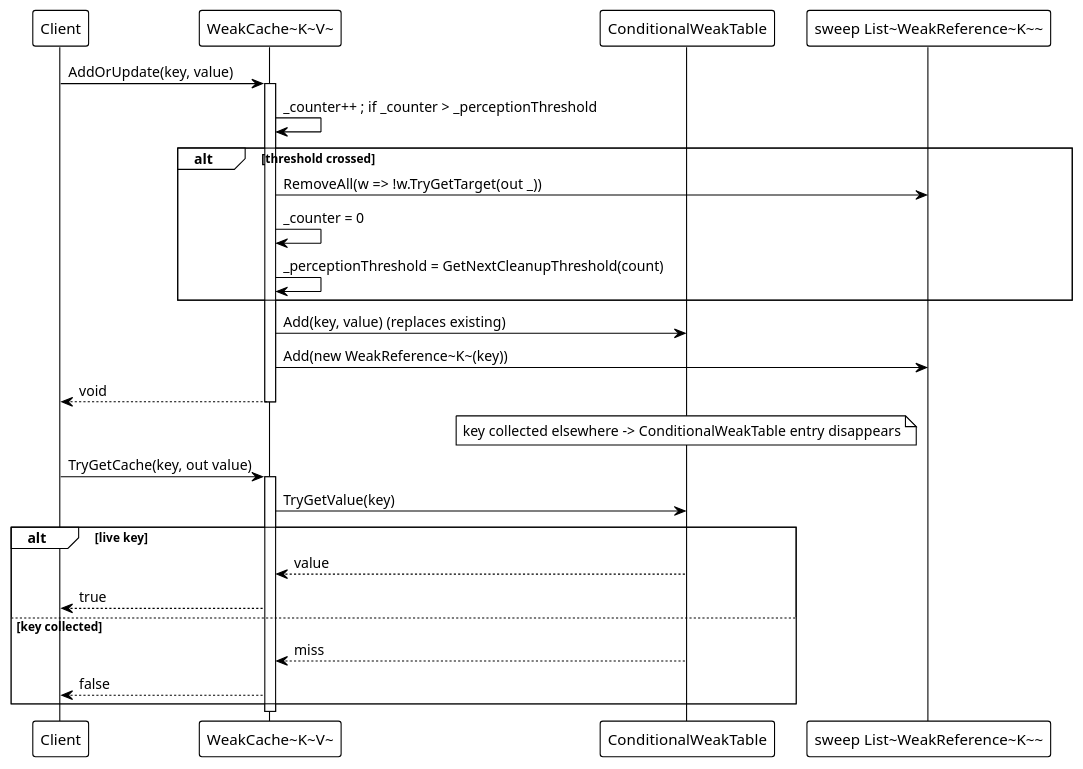
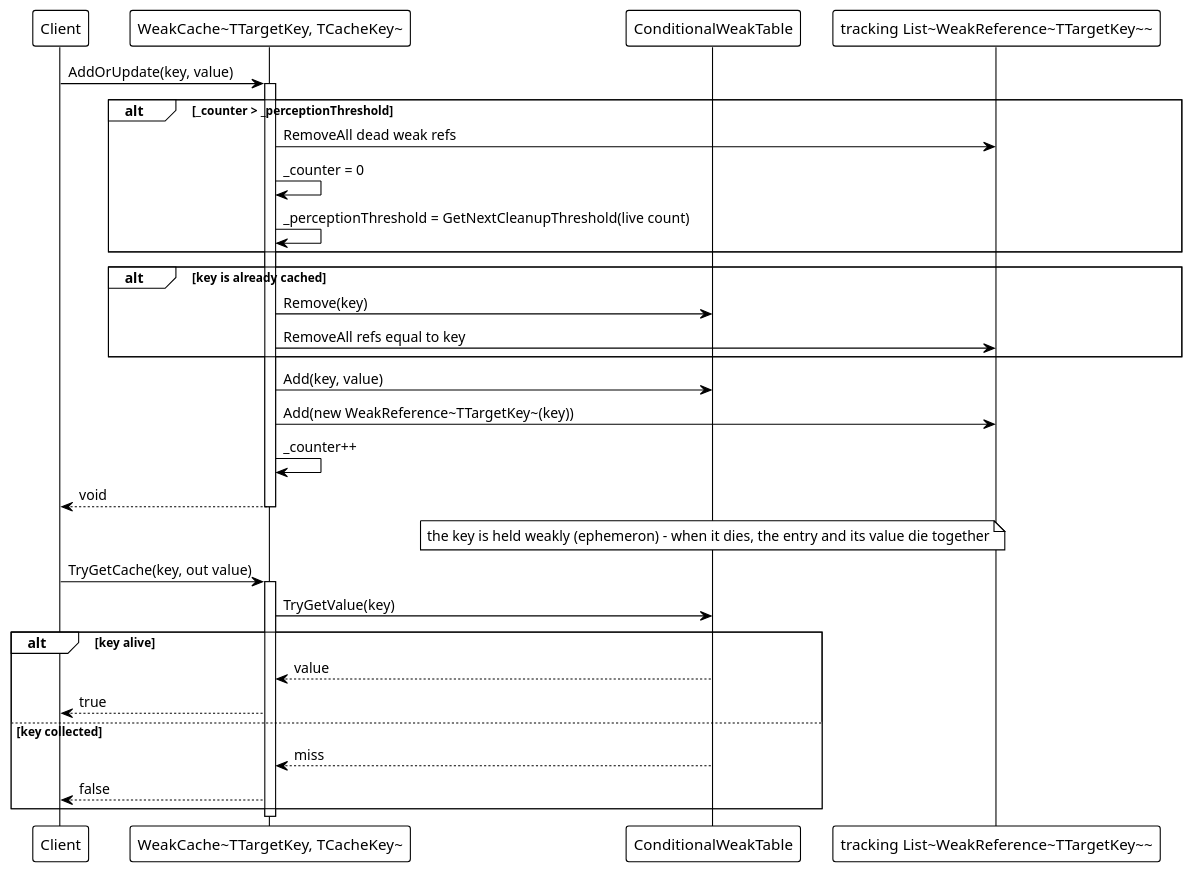
The second of 3 diagrams in src/CloudGlyph/Assets/Docs/content/en/3_SE_Analysis/03_data-flow/07_weak-types/index.md (Axvser/VeloxDev.Docs), drawn with PlantUML before and after one commit. The commit also changed other lines of this file and 443 other files, not shown here.

````diff
--- a/src/CloudGlyph/Assets/Docs/content/en/3_SE_Analysis/03_data-flow/07_weak-types/index.md
+++ b/src/CloudGlyph/Assets/Docs/content/en/3_SE_Analysis/03_data-flow/07_weak-types/index.md
@@ -42,37 +47,44 @@
 ```plantuml
 @startuml
 !theme plain
 
 participant "Client" as C
-participant "WeakCache~K~V~" as W
+participant "WeakCache~TTargetKey, TCacheKey~" as W
 participant "ConditionalWeakTable" as T
-participant "sweep List~WeakReference~K~~" as L
+participant "tracking List~WeakReference~TTargetKey~~" as L
 
 C -> W: AddOrUpdate(key, value)
 activate W
-W -> W: _counter++ ; if _counter > _perceptionThreshold
-alt threshold crossed
-    W -> L: RemoveAll(w => !w.TryGetTarget(out _))
+
+alt _counter > _perceptionThreshold
+    W -> L: RemoveAll dead weak refs
     W -> W: _counter = 0
-    W -> W: _perceptionThreshold = GetNextCleanupThreshold(count)
+    W -> W: _perceptionThreshold = GetNextCleanupThreshold(live count)
 end
-W -> T: Add(key, value) (replaces existing)
-W -> L: Add(new WeakReference~K~(key))
+
+alt key is already cached
+    W -> T: Remove(key)
+    W -> L: RemoveAll refs equal to key
+end
+
+W -> T: Add(key, value)
+W -> L: Add(new WeakReference~TTargetKey~(key))
+W -> W: _counter++
 W --> C: void
 deactivate W
 
-note over T: key collected elsewhere -> ConditionalWeakTable entry disappears
+note over T: the key is held weakly (ephemeron) - when it dies, the entry and its value die together
 
 C -> W: TryGetCache(key, out value)
 activate W
 W -> T: TryGetValue(key)
-alt live key
+alt key alive
     T --> W: value
     W --> C: true
 else key collected
     T --> W: miss
     W --> C: false
 end
 deactivate W
 @enduml
 ```
````
